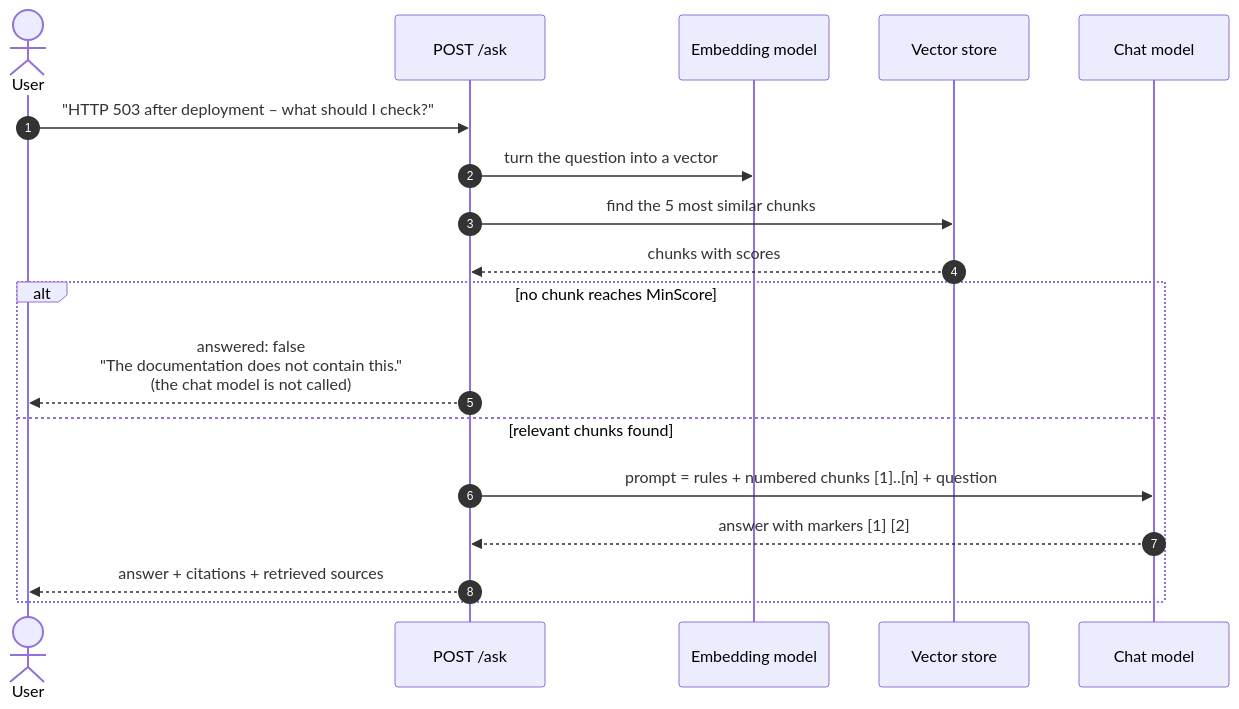
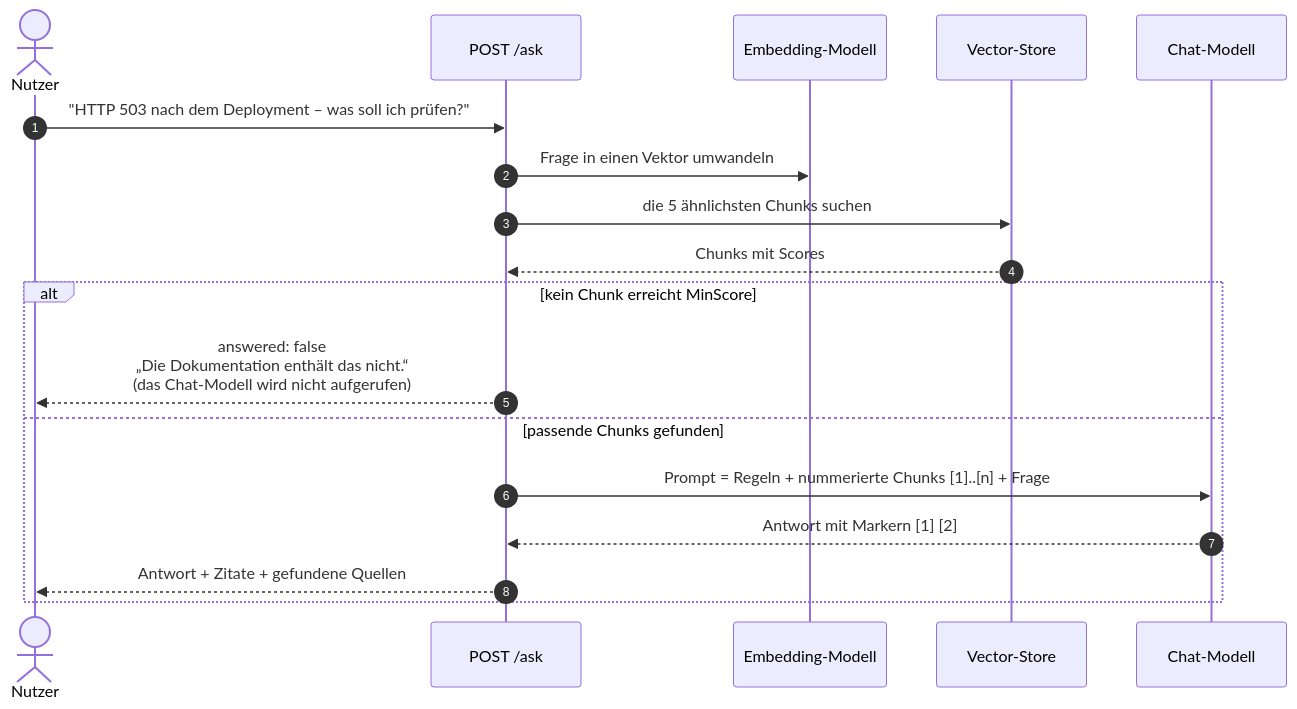
Before and after one commit to MyOnlineRepo/RAG-API: the ninth of 9 diagrams in README.md, drawn with Mermaid. The commit also changed other lines of this file, not shown here.

````diff
--- a/README.md
+++ b/README.md
@@ -270,21 +271,21 @@
 ```mermaid
 sequenceDiagram
     autonumber
-    actor U as User
+    actor U as Nutzer
     participant API as POST /ask
-    participant E as Embedding model
-    participant V as Vector store
-    participant C as Chat model
+    participant E as Embedding-Modell
+    participant V as Vector-Store
+    participant C as Chat-Modell
 
-    U->>API: "HTTP 503 after deployment – what should I check?"
-    API->>E: turn the question into a vector
-    API->>V: find the 5 most similar chunks
-    V-->>API: chunks with scores
-    alt no chunk reaches MinScore
-        API-->>U: answered: false<br/>"The documentation does not contain this."<br/>(the chat model is not called)
-    else relevant chunks found
-        API->>C: prompt = rules + numbered chunks [1]..[n] + question
-        C-->>API: answer with markers [1] [2]
-        API-->>U: answer + citations + retrieved sources
+    U->>API: "HTTP 503 nach dem Deployment – was soll ich prüfen?"
+    API->>E: Frage in einen Vektor umwandeln
+    API->>V: die 5 ähnlichsten Chunks suchen
+    V-->>API: Chunks mit Scores
+    alt kein Chunk erreicht MinScore
+        API-->>U: answered: false<br/>„Die Dokumentation enthält das nicht.“<br/>(das Chat-Modell wird nicht aufgerufen)
+    else passende Chunks gefunden
+        API->>C: Prompt = Regeln + nummerierte Chunks [1]..[n] + Frage
+        C-->>API: Antwort mit Markern [1] [2]
+        API-->>U: Antwort + Zitate + gefundene Quellen
     end
 ```
````
